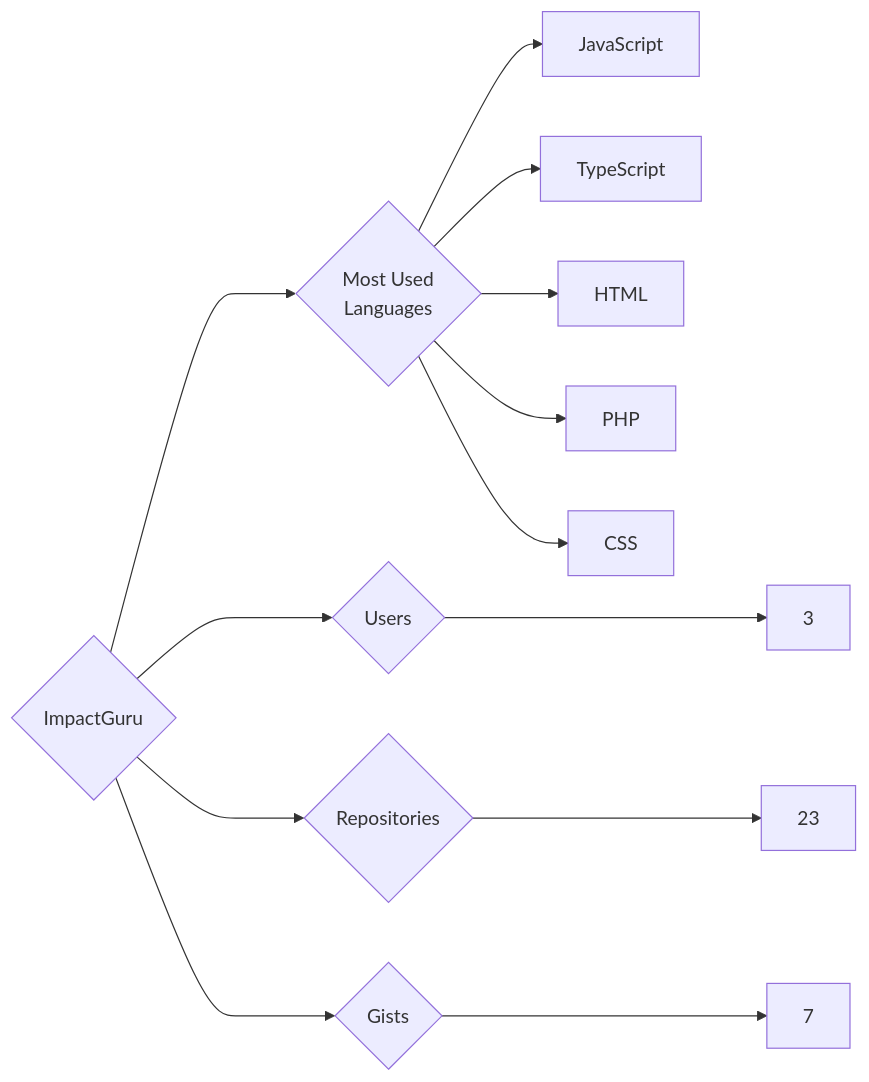
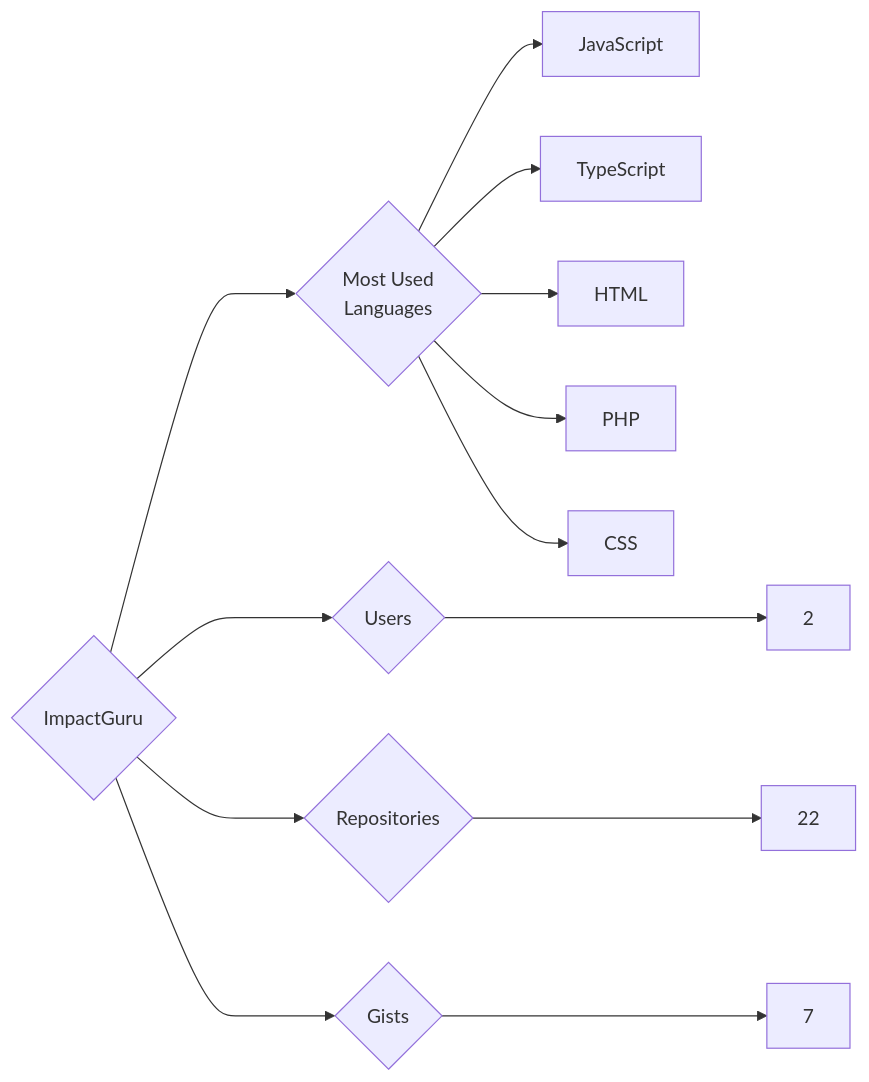
Before and after one commit to trickest/insiders: the diagram in targets/ImpactGuru/README.md, drawn with Mermaid. The commit also changed 942 other files, not shown here.

````diff
--- a/targets/ImpactGuru/README.md
+++ b/targets/ImpactGuru/README.md
@@ -3,13 +3,13 @@
 ```mermaid
 graph LR
 COMPANY_NAME{ImpactGuru}
-COMPANY_NAME ---> U{Users} ---> UN[3]
-COMPANY_NAME ---> R{Repositories} ---> RN[23]
+COMPANY_NAME ---> U{Users} ---> UN[2]
+COMPANY_NAME ---> R{Repositories} ---> RN[22]
 COMPANY_NAME ---> G{Gists} ---> GN[7]
 COMPANY_NAME ---> ML{Most Used<br>Languages}
 ML --> JavaScript[JavaScript]
 ML --> TypeScript[TypeScript]
 ML --> HTML[HTML]
 ML --> PHP[PHP]
 ML --> CSS[CSS]
 ```
````
